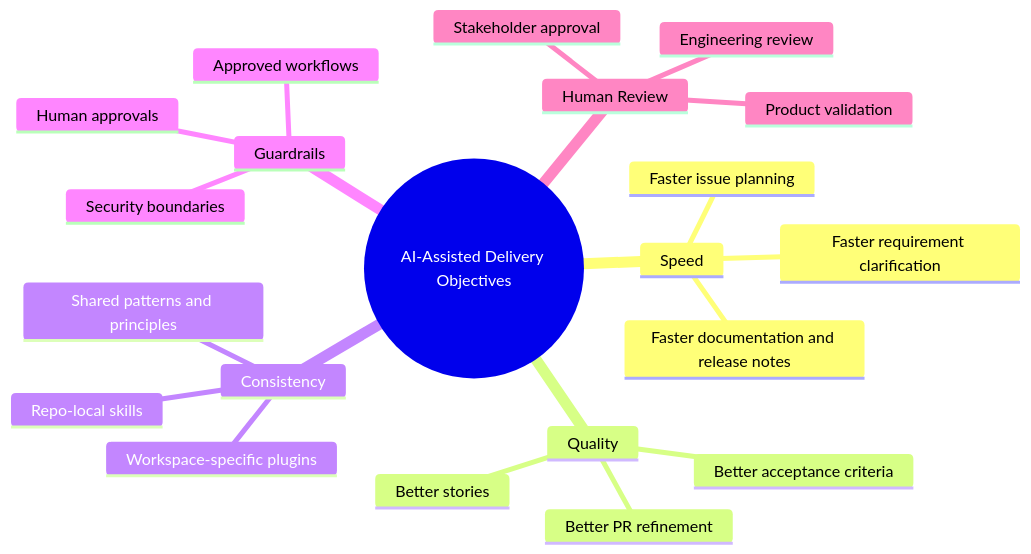
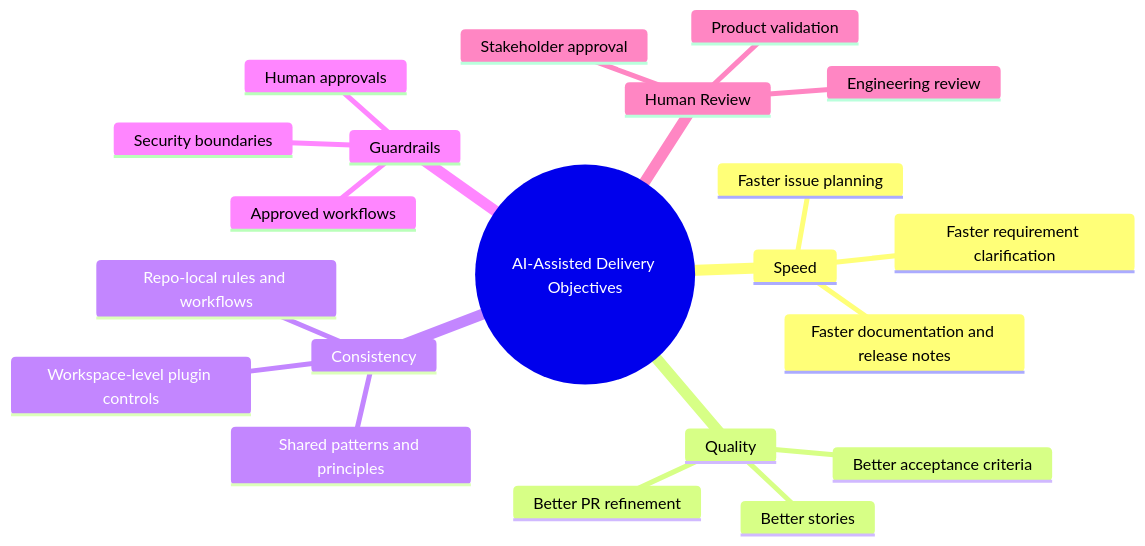
Before and after one commit to refat-asadullah-creolytix-dev/refat-asadullah-creolytix-dev: the fifth of 23 diagrams in creolytix-ai-delivery-model.md, drawn with Mermaid. The commit also changed other lines of this file, not shown here.

````diff
--- a/creolytix-ai-delivery-model.md
+++ b/creolytix-ai-delivery-model.md
@@ -158,24 +160,24 @@
 ```mermaid
 mindmap
   root((AI-Assisted Delivery Objectives))
     Speed
       Faster requirement clarification
       Faster issue planning
       Faster documentation and release notes
     Quality
       Better stories
       Better acceptance criteria
       Better PR refinement
     Consistency
-      Workspace-specific plugins
-      Repo-local skills
+      Workspace-level plugin controls
+      Repo-local rules and workflows
       Shared patterns and principles
     Guardrails
       Security boundaries
       Approved workflows
       Human approvals
     Human Review
       Product validation
       Engineering review
       Stakeholder approval
 ```
````
